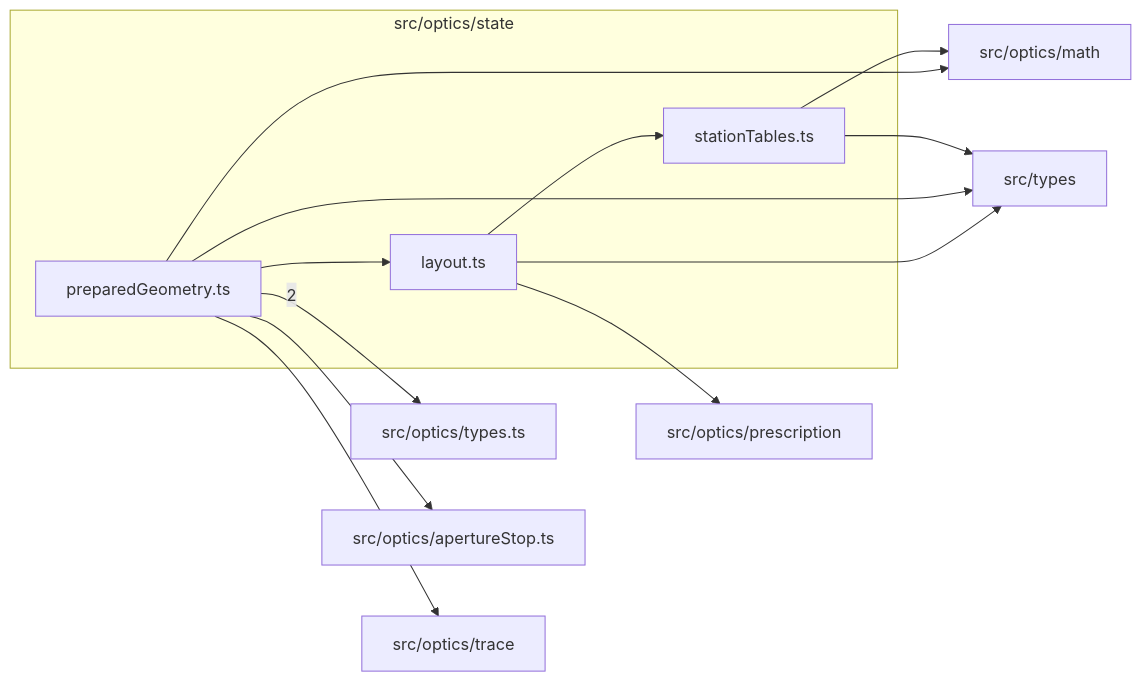
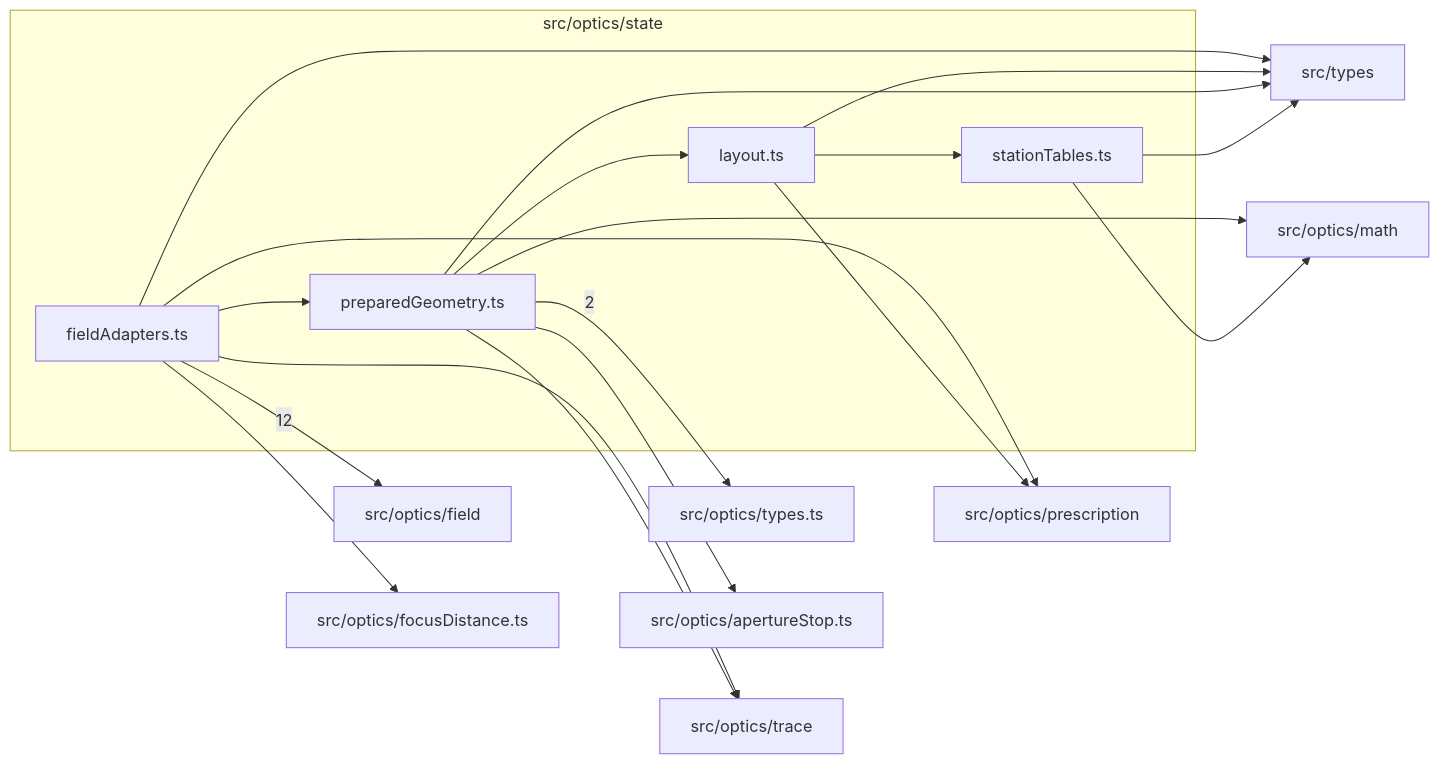
One commit to ronbuening/LensVisualizer changed the diagram in src/optics/state/readme.md. Above: the diagram before and after it, drawn with Mermaid. The commit also changed other lines of this file and 42 other files, not shown here.

Commit message:
S6.P1.T1 Field module on prepared geometry

````diff
--- a/src/optics/state/readme.md
+++ b/src/optics/state/readme.md
@@ -9,25 +9,34 @@
 ```mermaid
 flowchart LR
   subgraph n_src_optics_state["src/optics/state"]
+    n_src_optics_state_src_optics_state_fieldAdapters_ts["fieldAdapters.ts"]
     n_src_optics_state_src_optics_state_layout_ts["layout.ts"]
     n_src_optics_state_src_optics_state_preparedGeometry_ts["preparedGeometry.ts"]
     n_src_optics_state_src_optics_state_stationTables_ts["stationTables.ts"]
   end
+  n_external_src_optics_field["src/optics/field"]
   n_external_src_optics_types_ts["src/optics/types.ts"]
   n_external_src_optics_apertureStop_ts["src/optics/apertureStop.ts"]
+  n_external_src_optics_focusDistance_ts["src/optics/focusDistance.ts"]
   n_external_src_optics_math["src/optics/math"]
   n_external_src_optics_prescription["src/optics/prescription"]
   n_external_src_optics_trace["src/optics/trace"]
   n_external_src_types["src/types"]
+  n_src_optics_state_src_optics_state_fieldAdapters_ts --> |12| n_external_src_optics_field
   n_src_optics_state_src_optics_state_preparedGeometry_ts --> |2| n_external_src_optics_types_ts
   n_src_optics_state_src_optics_state_preparedGeometry_ts --> n_external_src_optics_apertureStop_ts
+  n_src_optics_state_src_optics_state_fieldAdapters_ts --> n_external_src_optics_focusDistance_ts
   n_src_optics_state_src_optics_state_preparedGeometry_ts --> n_external_src_optics_math
   n_src_optics_state_src_optics_state_stationTables_ts --> n_external_src_optics_math
+  n_src_optics_state_src_optics_state_fieldAdapters_ts --> n_external_src_optics_prescription
   n_src_optics_state_src_optics_state_layout_ts --> n_external_src_optics_prescription
+  n_src_optics_state_src_optics_state_fieldAdapters_ts --> n_external_src_optics_trace
   n_src_optics_state_src_optics_state_preparedGeometry_ts --> n_external_src_optics_trace
+  n_src_optics_state_src_optics_state_fieldAdapters_ts --> n_external_src_types
   n_src_optics_state_src_optics_state_layout_ts --> n_external_src_types
   n_src_optics_state_src_optics_state_preparedGeometry_ts --> n_external_src_types
   n_src_optics_state_src_optics_state_stationTables_ts --> n_external_src_types
   n_src_optics_state_src_optics_state_preparedGeometry_ts --> n_src_optics_state_src_optics_state_layout_ts
+  n_src_optics_state_src_optics_state_fieldAdapters_ts --> n_src_optics_state_src_optics_state_preparedGeometry_ts
   n_src_optics_state_src_optics_state_layout_ts --> n_src_optics_state_src_optics_state_stationTables_ts
 ```
````
